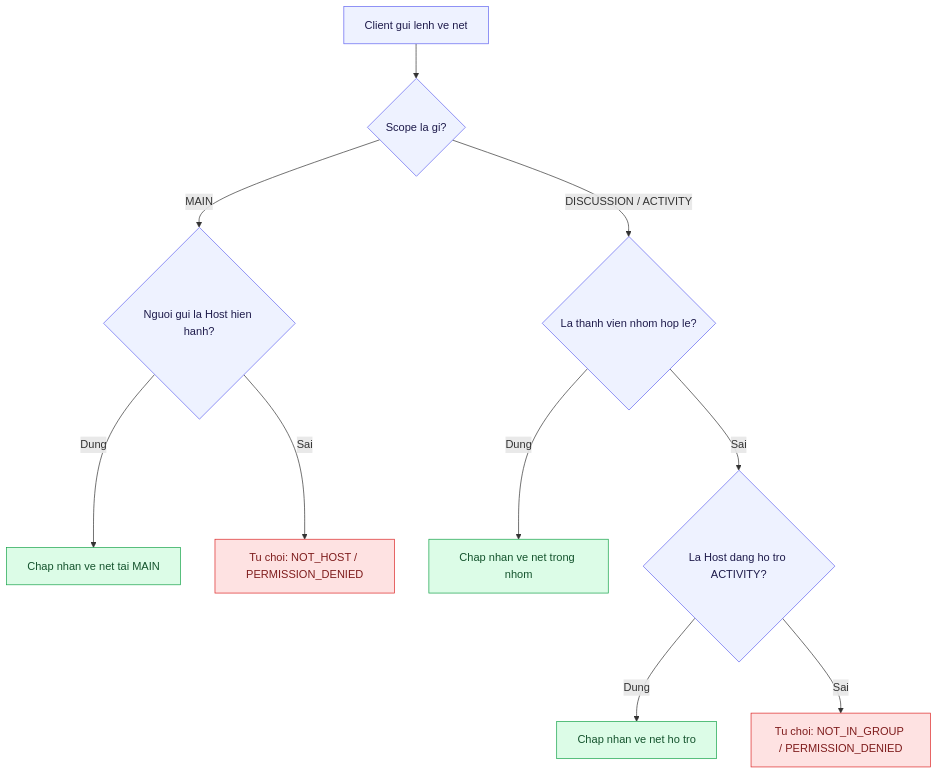
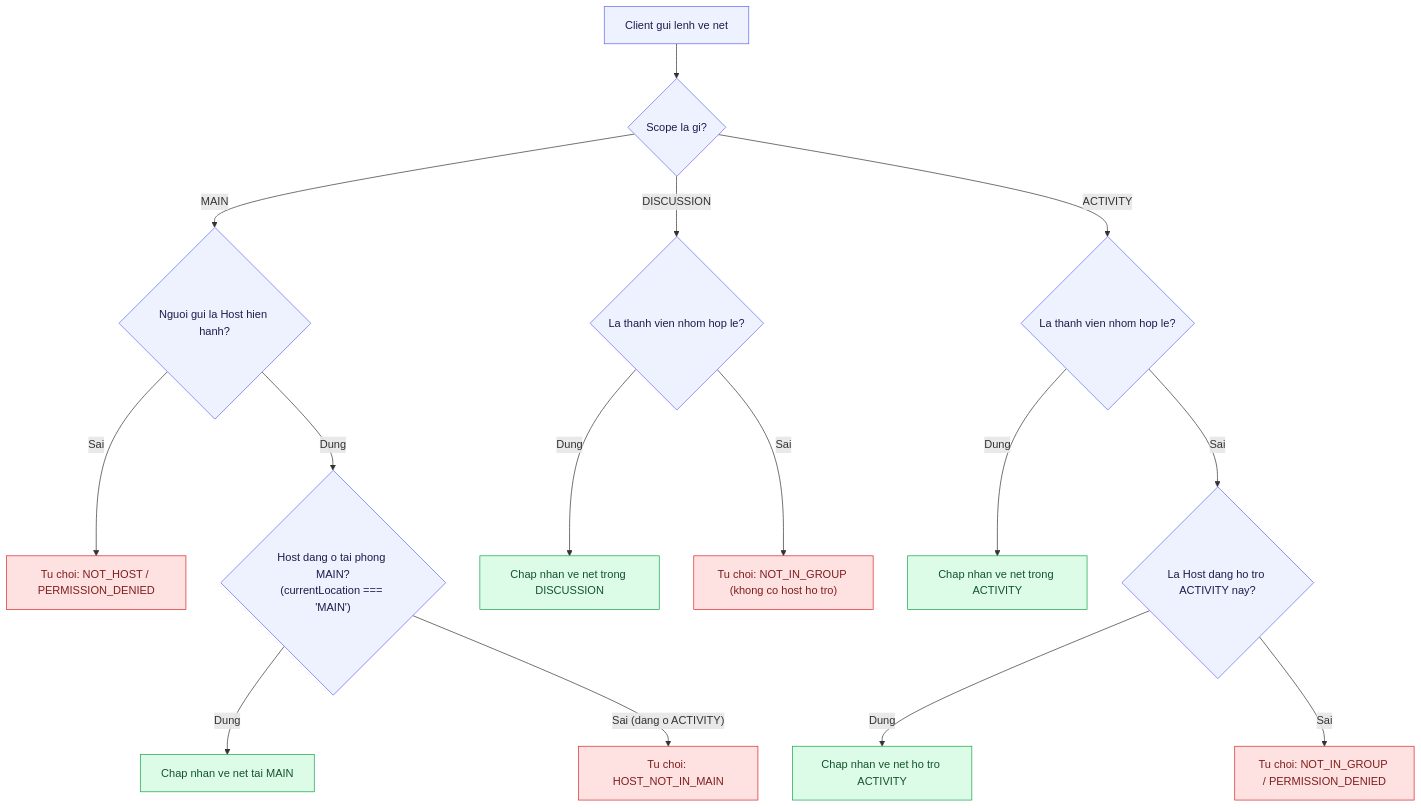
Before and after one commit to Lightning1507/CoLearnia: the ninth of 13 diagrams in docs/proposals/m5-board.md, drawn with Mermaid. The commit also changed other lines of this file, not shown here.

````diff
--- a/docs/proposals/m5-board.md
+++ b/docs/proposals/m5-board.md
@@ -715,20 +728,27 @@
 ```mermaid
 flowchart TD
-  Start["Client gui lenh ve net"] --> Q1{"Scope la gi?"}
-  Q1 -- "MAIN" --> Q2{"Nguoi gui la Host hien hanh?"}
-  Q2 -- "Dung" --> AllowMain["Chap nhan ve net tai MAIN"]
-  Q2 -- "Sai" --> DenyMain["Tu choi: NOT_HOST / PERMISSION_DENIED"]
-  Q1 -- "DISCUSSION / ACTIVITY" --> Q3{"La thanh vien nhom hop le?"}
-  Q3 -- "Dung" --> AllowGroup["Chap nhan ve net trong nhom"]
-  Q3 -- "Sai" --> Q4{"La Host dang ho tro ACTIVITY?"}
-  Q4 -- "Dung" --> AllowHelp["Chap nhan ve net ho tro"]
-  Q4 -- "Sai" --> DenyGroup["Tu choi: NOT_IN_GROUP / PERMISSION_DENIED"]
+Start["Client gui lenh ve net"] --> Q1{"Scope la gi?"}
+Q1 -- "MAIN" --> Q2{"Nguoi gui la Host hien hanh?"}
+Q2 -- "Sai" --> DenyMainHost["Tu choi: NOT_HOST / PERMISSION_DENIED"]
+Q2 -- "Dung" --> QLoc{"Host dang o tai phong MAIN?<br/>(currentLocation === 'MAIN')"}
+QLoc -- "Dung" --> AllowMain["Chap nhan ve net tai MAIN"]
+QLoc -- "Sai (dang o ACTIVITY)" --> DenyMainLoc["Tu choi: HOST_NOT_IN_MAIN"]
 
-  classDef allow fill:#DCFCE7,stroke:#16A34A,color:#14532D
-  classDef deny fill:#FEE2E2,stroke:#DC2626,color:#7F1D1D
-  classDef step fill:#EEF2FF,stroke:#6366F1,color:#1E1B4B
+Q1 -- "DISCUSSION" --> Q3{"La thanh vien nhom hop le?"}
+Q3 -- "Dung" --> AllowDisc["Chap nhan ve net trong DISCUSSION"]
+Q3 -- "Sai" --> DenyDisc["Tu choi: NOT_IN_GROUP (khong co host ho tro)"]
 
-  class Start,Q1,Q2,Q3,Q4 step
-  class AllowMain,AllowGroup,AllowHelp allow
-  class DenyMain,DenyGroup deny
+Q1 -- "ACTIVITY" --> Q4{"La thanh vien nhom hop le?"}
+Q4 -- "Dung" --> AllowAct["Chap nhan ve net trong ACTIVITY"]
+Q4 -- "Sai" --> Q5{"La Host dang ho tro ACTIVITY nay?"}
+Q5 -- "Dung" --> AllowActHelp["Chap nhan ve net ho tro ACTIVITY"]
+Q5 -- "Sai" --> DenyAct["Tu choi: NOT_IN_GROUP / PERMISSION_DENIED"]
+
+classDef allow fill:#DCFCE7,stroke:#16A34A,color:#14532D
+classDef deny fill:#FEE2E2,stroke:#DC2626,color:#7F1D1D
+classDef step fill:#EEF2FF,stroke:#6366F1,color:#1E1B4B
+
+class Start,Q1,Q2,QLoc,Q3,Q4,Q5 step
+class AllowMain,AllowDisc,AllowAct,AllowActHelp allow
+class DenyMainHost,DenyMainLoc,DenyDisc,DenyAct deny
 ```
````
